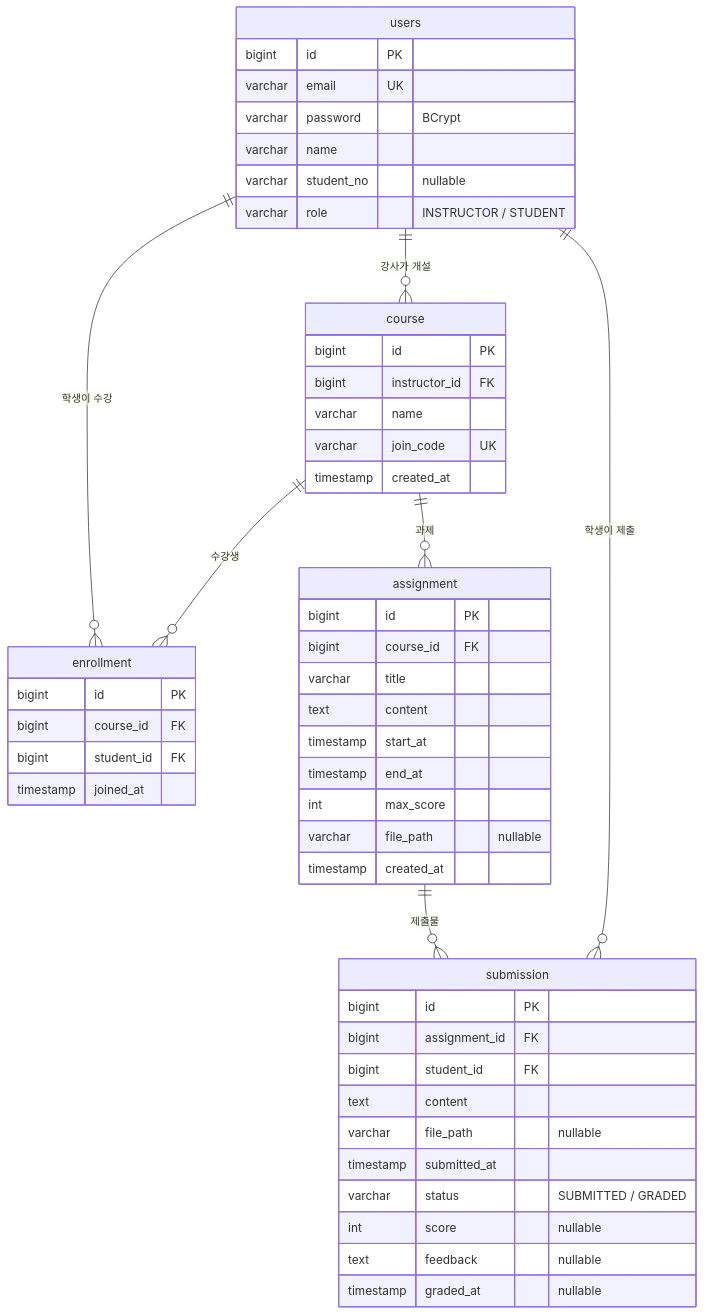
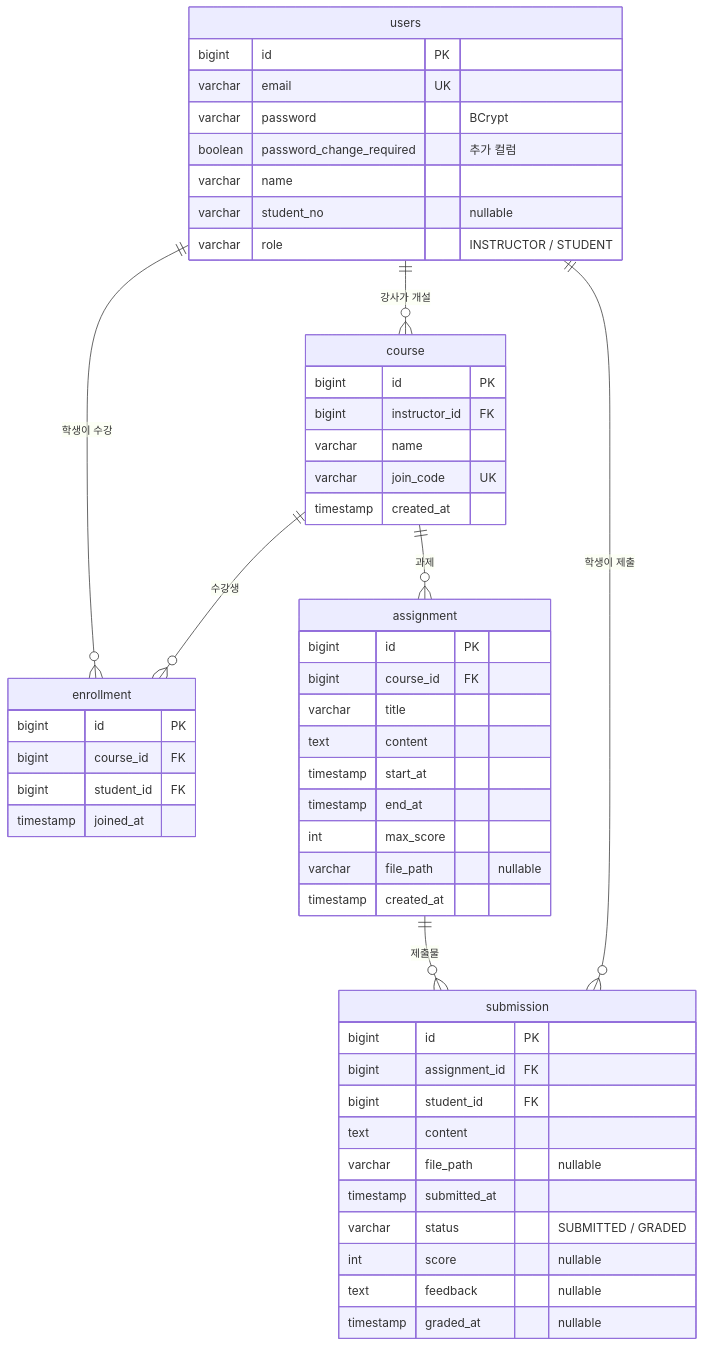
Before and after one commit to ohwncsaz/AssignHub: the diagram in README.md, drawn with Mermaid. The commit also changed other lines of this file and 4 other files, not shown here.

````diff
--- a/README.md
+++ b/README.md
@@ -105,54 +135,55 @@
 ```mermaid
 erDiagram
     users ||--o{ course : "강사가 개설"
     users ||--o{ enrollment : "학생이 수강"
     course ||--o{ enrollment : "수강생"
     course ||--o{ assignment : "과제"
     assignment ||--o{ submission : "제출물"
     users ||--o{ submission : "학생이 제출"
 
     users {
         bigint id PK
         varchar email UK
         varchar password "BCrypt"
+        boolean password_change_required "추가 컬럼"
         varchar name
         varchar student_no "nullable"
         varchar role "INSTRUCTOR / STUDENT"
     }
     course {
         bigint id PK
         bigint instructor_id FK
         varchar name
         varchar join_code UK
         timestamp created_at
     }
     enrollment {
         bigint id PK
         bigint course_id FK
         bigint student_id FK
         timestamp joined_at
     }
     assignment {
         bigint id PK
         bigint course_id FK
         varchar title
         text content
         timestamp start_at
         timestamp end_at
         int max_score
         varchar file_path "nullable"
         timestamp created_at
     }
     submission {
         bigint id PK
         bigint assignment_id FK
         bigint student_id FK
         text content
         varchar file_path "nullable"
         timestamp submitted_at
         varchar status "SUBMITTED / GRADED"
         int score "nullable"
         text feedback "nullable"
         timestamp graded_at "nullable"
     }
 ```
````
